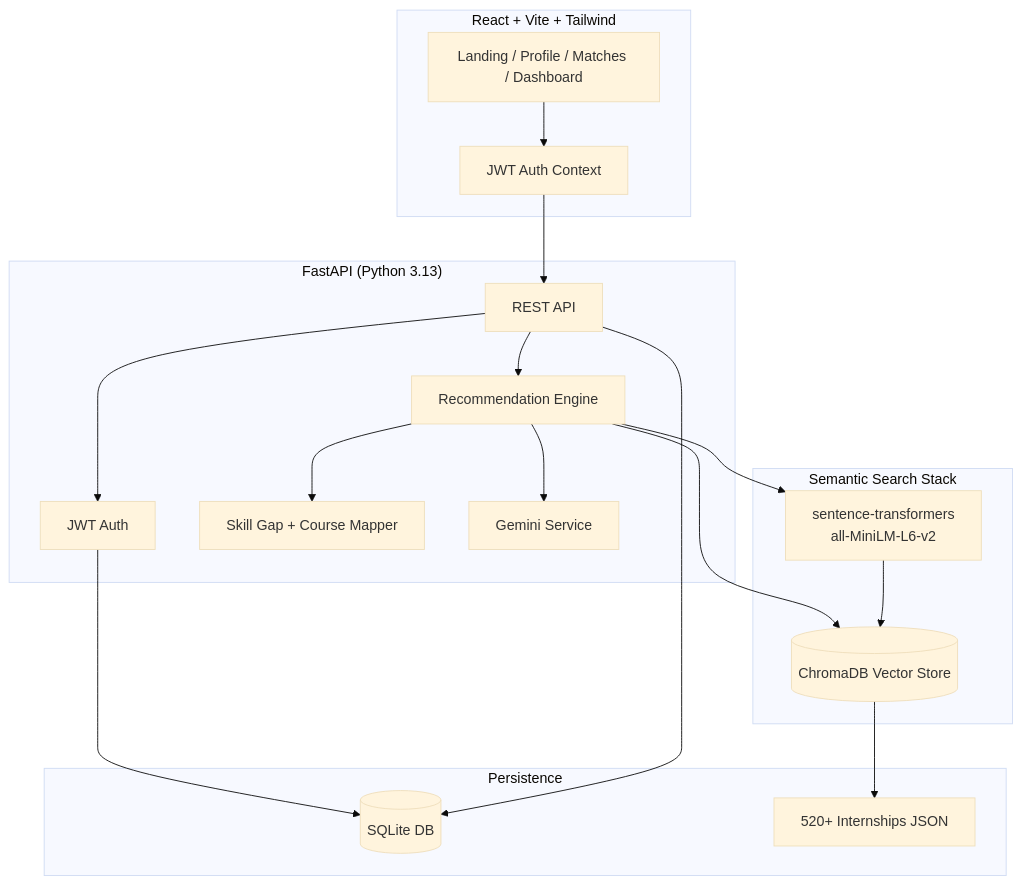
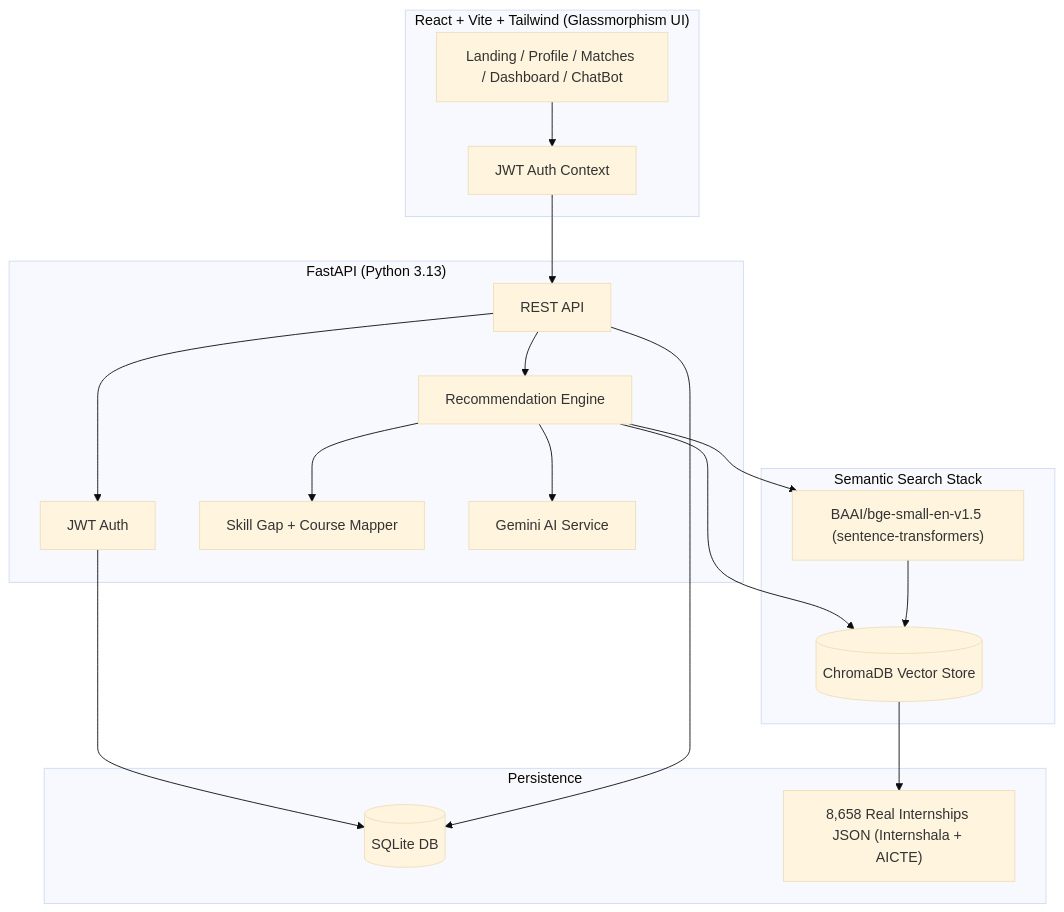
One commit to ilakiya-tech/sih changed the diagram in README.md. Above: the diagram before and after it, drawn with Mermaid (base theme). The commit also changed other lines of this file, not shown here.

Commit message:
Update README: reflect real data (8658 listings), BAAI/bge-small-en-v1.5 model, full feature list

````diff
--- a/README.md
+++ b/README.md
@@ -17,38 +17,38 @@
 ```mermaid
 flowchart TB
-    subgraph Frontend["React + Vite + Tailwind"]
-        UI[Landing / Profile / Matches / Dashboard]
+    subgraph Frontend["React + Vite + Tailwind (Glassmorphism UI)"]
+        UI[Landing / Profile / Matches / Dashboard / ChatBot]
         AuthCtx[JWT Auth Context]
     end
 
     subgraph Backend["FastAPI (Python 3.13)"]
         API[REST API]
         JWT[JWT Auth]
         Recommender[Recommendation Engine]
         SkillGap[Skill Gap + Course Mapper]
-        Gemini[Gemini Service]
+        Gemini[Gemini AI Service]
     end
 
     subgraph ML["Semantic Search Stack"]
-        ST[sentence-transformers<br/>all-MiniLM-L6-v2]
+        ST["BAAI/bge-small-en-v1.5 (sentence-transformers)"]
         Chroma[(ChromaDB Vector Store)]
     end
 
     subgraph Data["Persistence"]
         SQLite[(SQLite DB)]
-        JSON[520+ Internships JSON]
+        JSON["8,658 Real Internships JSON (Internshala + AICTE)"]
     end
 
     UI --> AuthCtx
     AuthCtx --> API
     API --> JWT
     API --> Recommender
     Recommender --> ST
     Recommender --> Chroma
     Recommender --> Gemini
     Recommender --> SkillGap
     JWT --> SQLite
     API --> SQLite
     Chroma --> JSON
     ST --> Chroma
 ```
````
